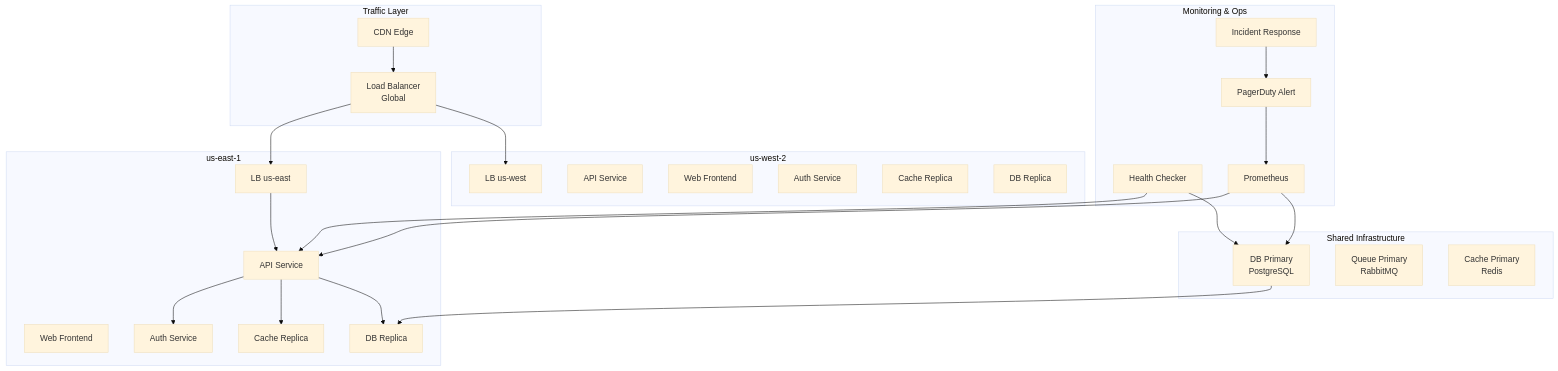
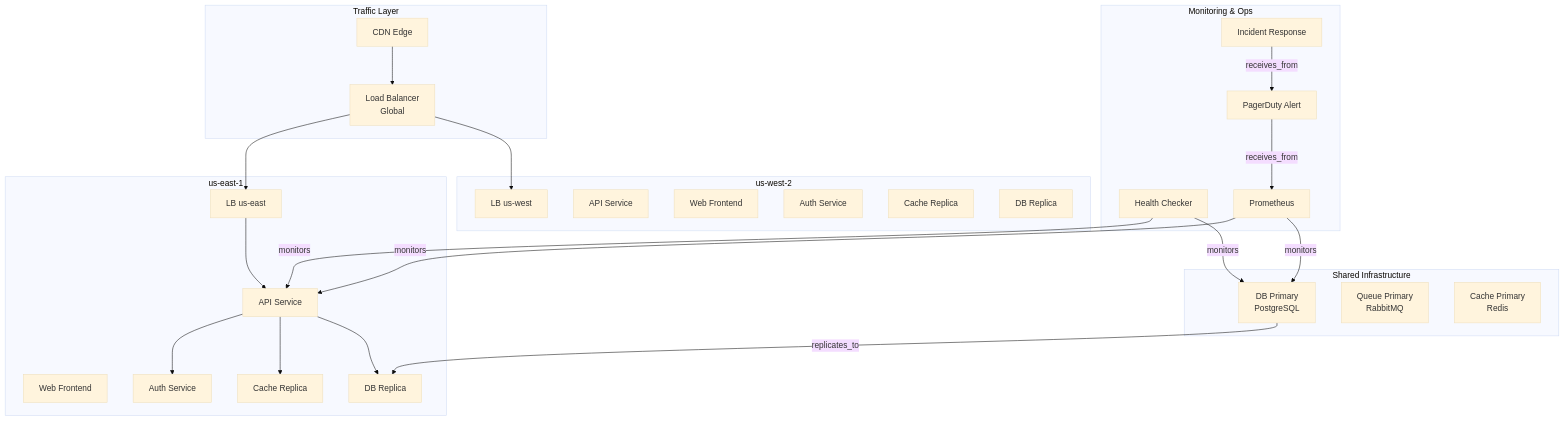
One commit to antquinonez/Hyper3 changed the first of 4 diagrams in examples/showcase/reasoning/multiway_reasoning/README.md. Above: the diagram before and after it, drawn with Mermaid (base theme). The commit also changed other lines of this file and 8 other files, not shown here.

First line of the commit message:
Fix text inaccuracies, add mermaid diagrams, and standardize imports in reasoning showcases

````diff
--- a/examples/showcase/reasoning/multiway_reasoning/README.md
+++ b/examples/showcase/reasoning/multiway_reasoning/README.md
@@ -70,53 +70,53 @@
 ```mermaid
 graph TB
     subgraph "Traffic Layer"
         CDN["CDN Edge"]
         LB_G["Load Balancer<br/>Global"]
     end
 
     subgraph "us-east-1"
         LB_E["LB us-east"]
         API_E["API Service"]
         WEB_E["Web Frontend"]
         AUTH_E["Auth Service"]
         CACHE_E["Cache Replica"]
         DB_RE["DB Replica"]
     end
 
     subgraph "us-west-2"
         LB_W["LB us-west"]
         API_W["API Service"]
         WEB_W["Web Frontend"]
         AUTH_W["Auth Service"]
         CACHE_W["Cache Replica"]
         DB_RW["DB Replica"]
     end
 
     subgraph "Shared Infrastructure"
         DB["DB Primary<br/>PostgreSQL"]
         Q["Queue Primary<br/>RabbitMQ"]
         CACHE["Cache Primary<br/>Redis"]
     end
 
     subgraph "Monitoring & Ops"
         HC["Health Checker"]
         PROM["Prometheus"]
         PD["PagerDuty Alert"]
         IR["Incident Response"]
     end
 
     CDN --> LB_G
     LB_G --> LB_E
     LB_G --> LB_W
     LB_E --> API_E
     API_E --> AUTH_E
     API_E --> CACHE_E
     API_E --> DB_RE
-    DB --> DB_RE
-    HC --> API_E
-    HC --> DB
-    PROM --> API_E
-    PROM --> DB
-    PD --> PROM
-    IR --> PD
+    DB -->|"replicates_to"| DB_RE
+    HC -->|"monitors"| API_E
+    HC -->|"monitors"| DB
+    PROM -->|"monitors"| API_E
+    PROM -->|"monitors"| DB
+    PD -->|"receives_from"| PROM
+    IR -->|"receives_from"| PD
 ```
````
